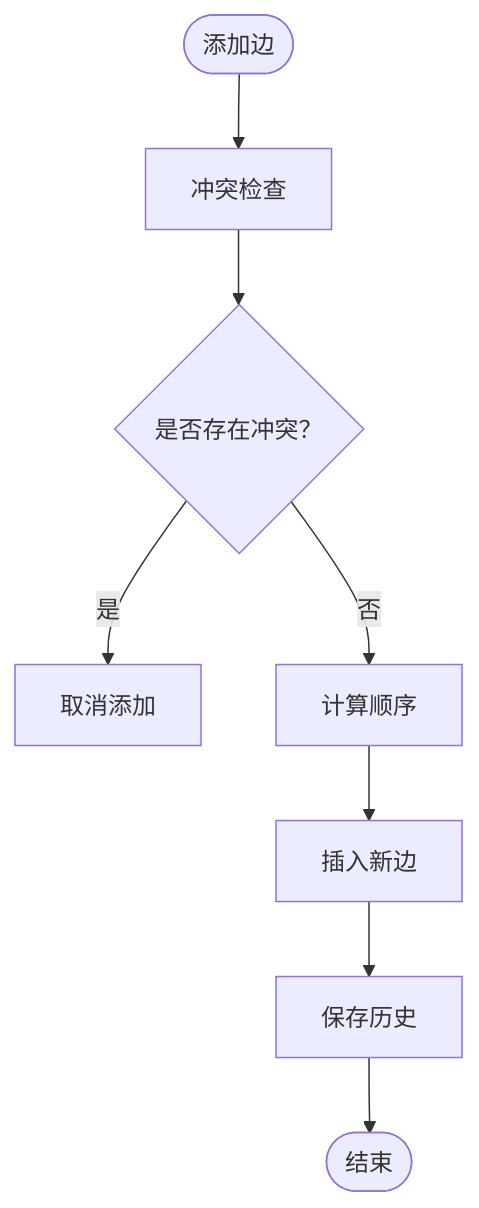
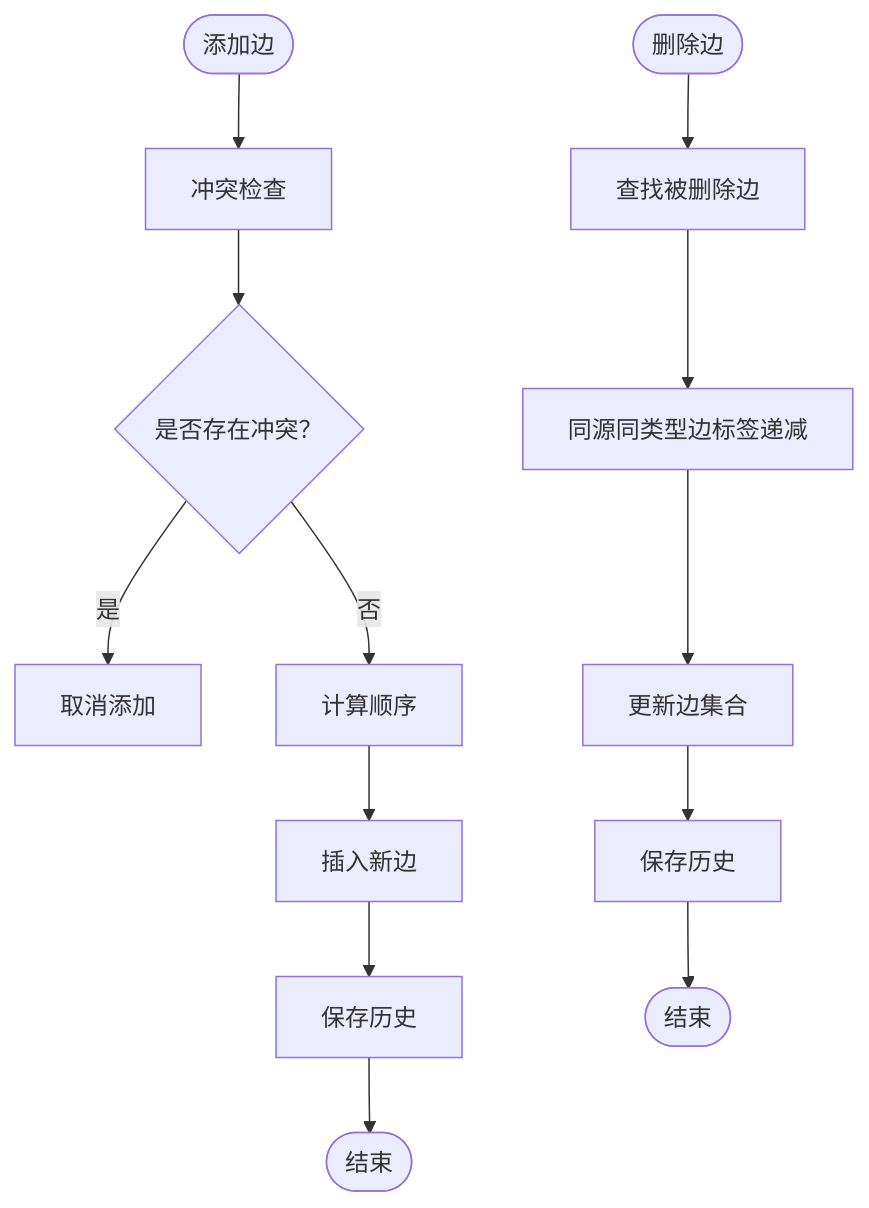
The fourth of 8 diagrams in .qoder/repowiki/zh/content/核心概念/连接面板.md (kqcoxn/MaaPipelineEditor), drawn with Mermaid before and after one commit. The commit also changed other lines of this file and 430 other files, not shown here.

````diff
--- a/.qoder/repowiki/zh/content/核心概念/连接面板.md
+++ b/.qoder/repowiki/zh/content/核心概念/连接面板.md
@@ -254,10 +257,15 @@
 ```mermaid
 flowchart TD
 Enter(["添加边"]) --> Check["冲突检查"]
 Check --> Crash{"是否存在冲突？"}
 Crash --> |是| Abort["取消添加"]
 Crash --> |否| Calc["计算顺序"]
 Calc --> Insert["插入新边"]
 Insert --> Save["保存历史"]
 Save --> Exit(["结束"])
+Delete(["删除边"]) --> Find["查找被删除边"]
+Find --> Decrease["同源同类型边标签递减"]
+Decrease --> Update["更新边集合"]
+Update --> SaveDel["保存历史"]
+SaveDel --> ExitDel(["结束"])
 ```
````
